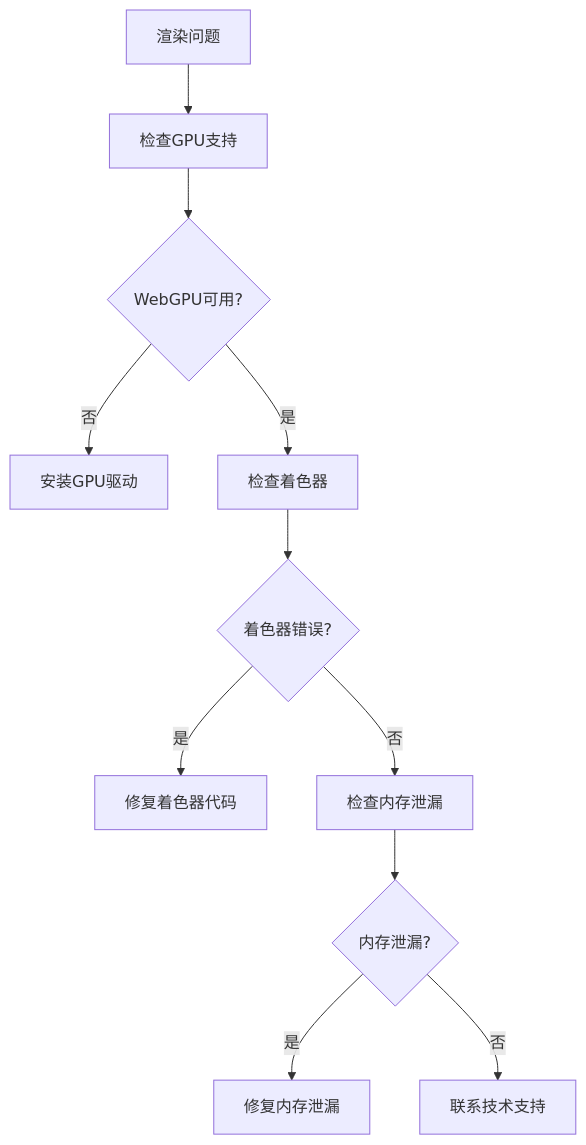
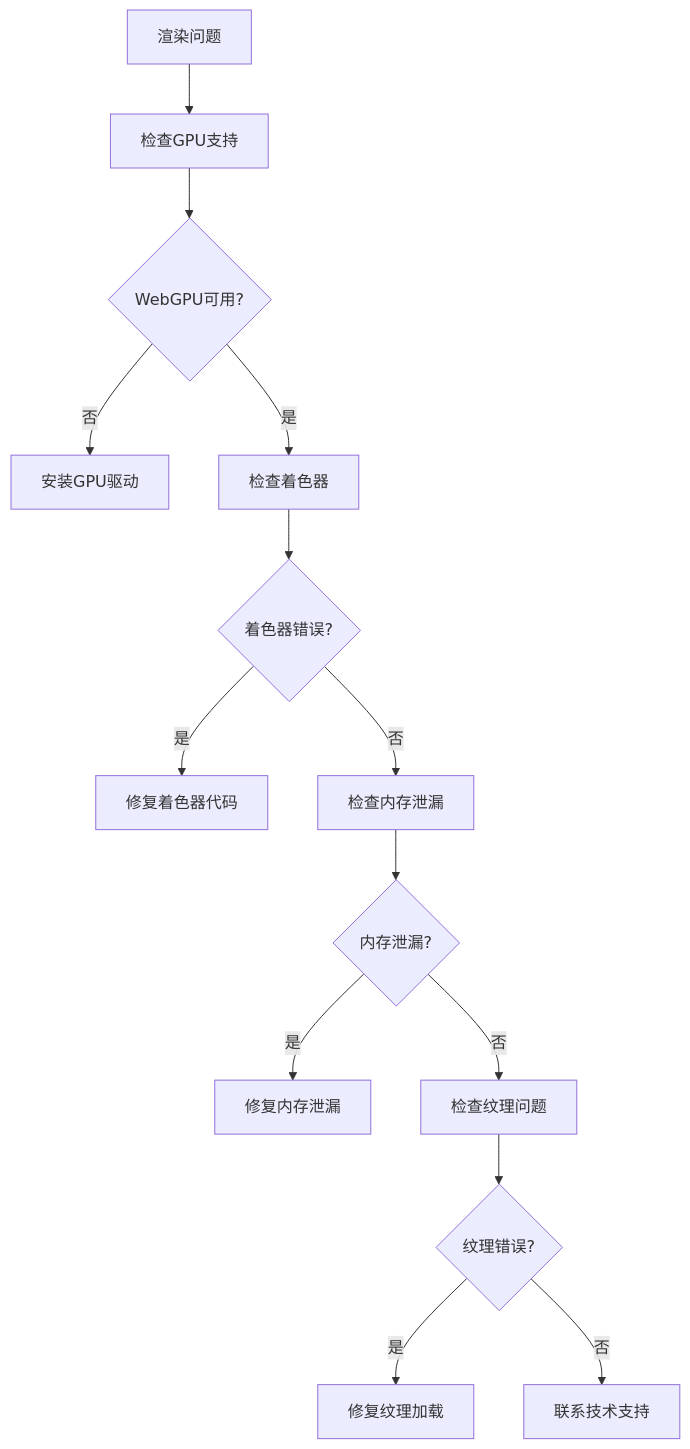
One commit to itszzl-sudo/iris changed diagram 26 of 26 in .qoder/repowiki/zh/content/核心功能特性/自研浏览器级渲染能力.md. Above: the diagram before and after it, drawn with Mermaid. The commit also changed other lines of this file and 5 other files, not shown here.

````diff
--- a/.qoder/repowiki/zh/content/核心功能特性/自研浏览器级渲染能力.md
+++ b/.qoder/repowiki/zh/content/核心功能特性/自研浏览器级渲染能力.md
@@ -789,13 +920,16 @@
 ```mermaid
 flowchart TD
 Issue[渲染问题] --> CheckGPU[检查GPU支持]
 CheckGPU --> WebGPU{WebGPU可用?}
 WebGPU --> |否| InstallDriver[安装GPU驱动]
 WebGPU --> |是| CheckShaders[检查着色器]
 CheckShaders --> ShaderError{着色器错误?}
 ShaderError --> |是| FixShader[修复着色器代码]
 ShaderError --> |否| CheckMemory[检查内存泄漏]
 CheckMemory --> MemoryLeak{内存泄漏?}
 MemoryLeak --> |是| FixLeak[修复内存泄漏]
-MemoryLeak --> |否| ContactSupport[联系技术支持]
+MemoryLeak --> |否| CheckTextures[检查纹理问题]
+CheckTextures --> TextureError{纹理错误?}
+TextureError --> |是| FixTexture[修复纹理加载]
+TextureError --> |否| ContactSupport[联系技术支持]
 ```
````
